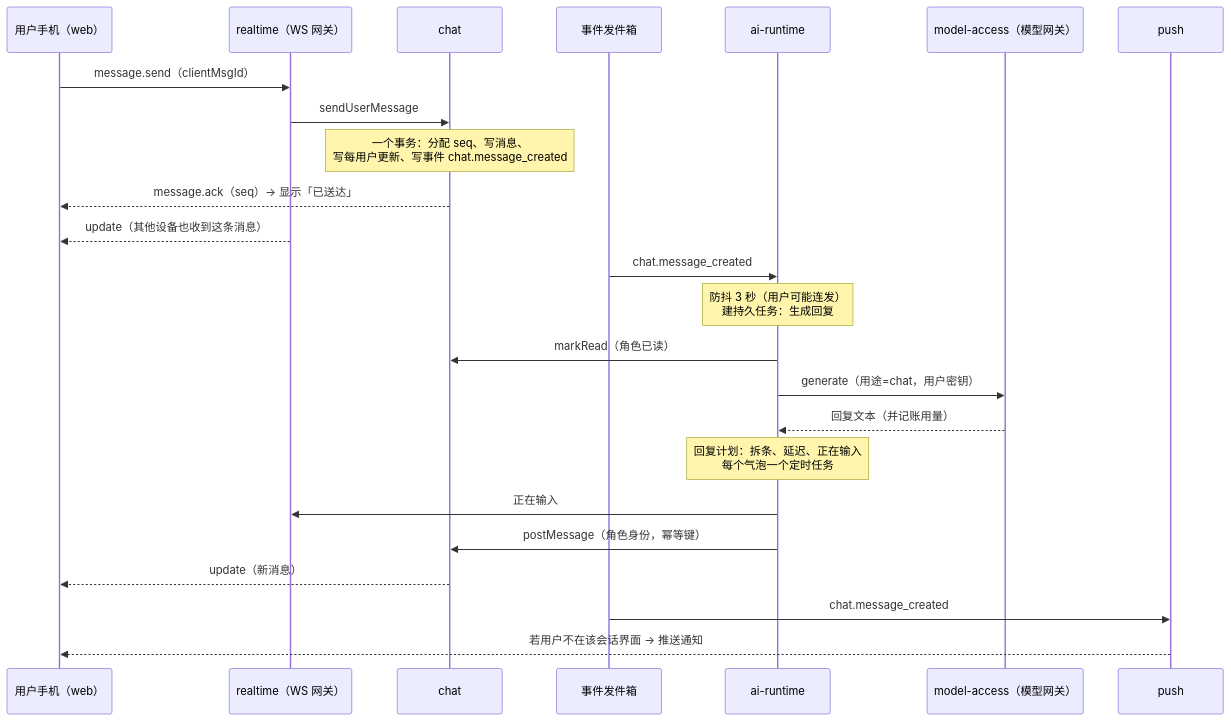
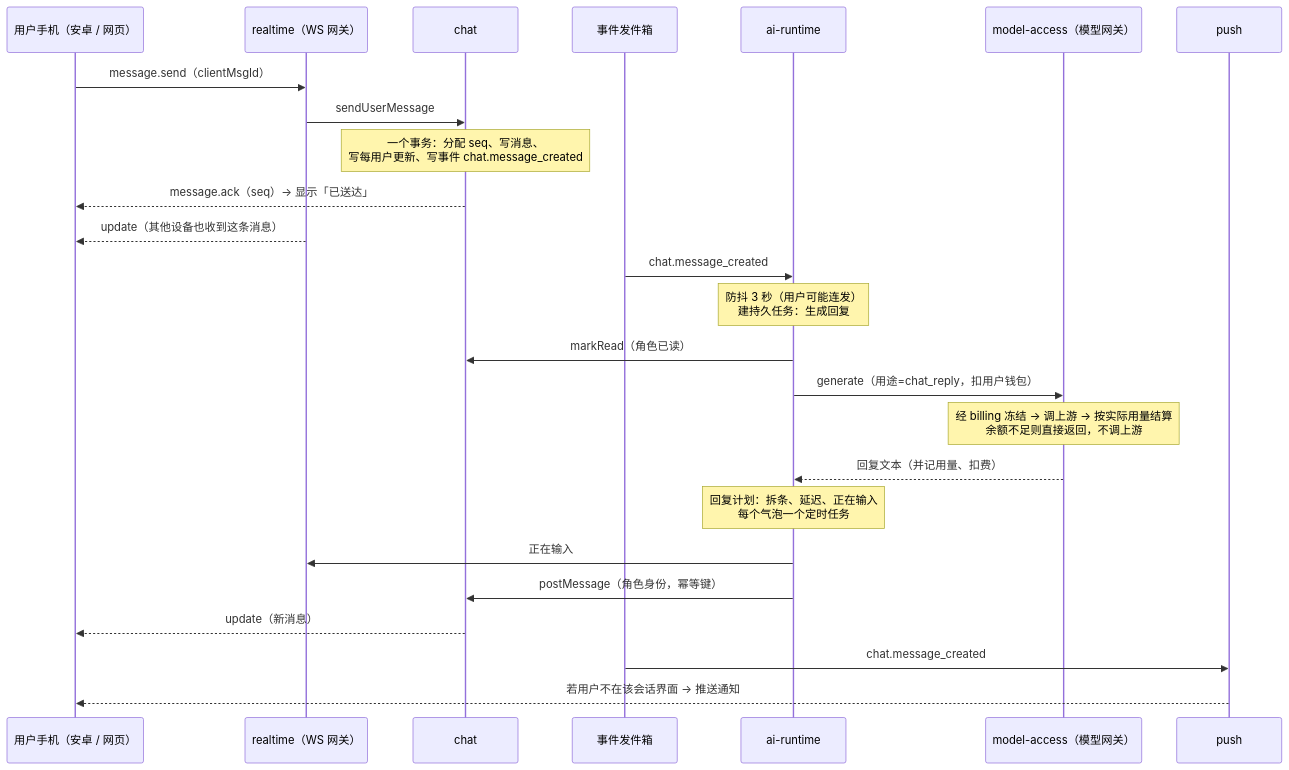
One commit to yottermanzione-ship-it/weiban changed the second of 2 diagrams in docs/architecture/overview.md. Above: the diagram before and after it, drawn with Mermaid. The commit also changed other lines of this file and 40 other files, not shown here.

````diff
--- a/docs/architecture/overview.md
+++ b/docs/architecture/overview.md
@@ -122,27 +134,28 @@
 ```mermaid
 sequenceDiagram
-  participant U as 用户手机（web）
+  participant U as 用户手机（安卓 / 网页）
   participant RT as realtime（WS 网关）
   participant CH as chat
   participant OB as 事件发件箱
   participant AI as ai-runtime
   participant MA as model-access（模型网关）
   participant PU as push
 
   U->>RT: message.send（clientMsgId）
   RT->>CH: sendUserMessage
   Note over CH: 一个事务：分配 seq、写消息、<br/>写每用户更新、写事件 chat.message_created
   CH-->>U: message.ack（seq）→ 显示「已送达」
   RT-->>U: update（其他设备也收到这条消息）
   OB->>AI: chat.message_created
   Note over AI: 防抖 3 秒（用户可能连发）<br/>建持久任务：生成回复
   AI->>CH: markRead（角色已读）
-  AI->>MA: generate（用途=chat，用户密钥）
-  MA-->>AI: 回复文本（并记账用量）
+  AI->>MA: generate（用途=chat_reply，扣用户钱包）
+  Note over MA: 经 billing 冻结 → 调上游 → 按实际用量结算<br/>余额不足则直接返回，不调上游
+  MA-->>AI: 回复文本（并记用量、扣费）
   Note over AI: 回复计划：拆条、延迟、正在输入<br/>每个气泡一个定时任务
   AI->>RT: 正在输入
   AI->>CH: postMessage（角色身份，幂等键）
   CH-->>U: update（新消息）
   OB->>PU: chat.message_created
   PU-->>U: 若用户不在该会话界面 → 推送通知
 ```
````
